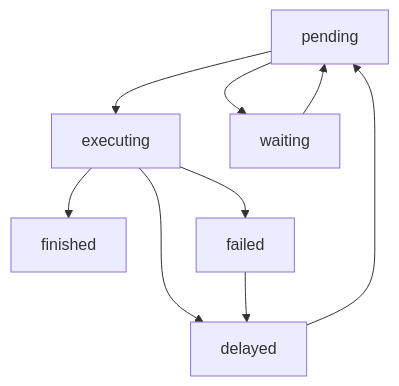
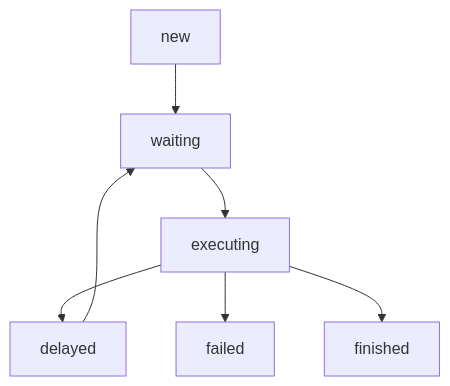
Before and after one commit to HD220/project-wiz: the diagram in docs/arquitetura.md, drawn with Mermaid.

Commit message:
status flow

````diff
--- a/docs/arquitetura.md
+++ b/docs/arquitetura.md
@@ -47,18 +47,16 @@
 ```mermaid
 graph TD
-    B[pending]
+    B[new]
     C[executing]
     D[finished]
     E[delayed]
     F[waiting]
     G[failed]
 
-    B --> C
+    B --> F
+    F --> C
+    C --> E
+    C --> G
     C --> D
-    C --> E
-    E --> B
-    B --> F
-    F --> B
-    C --> G
-    G --> E
+    E --> F
 ```
````
